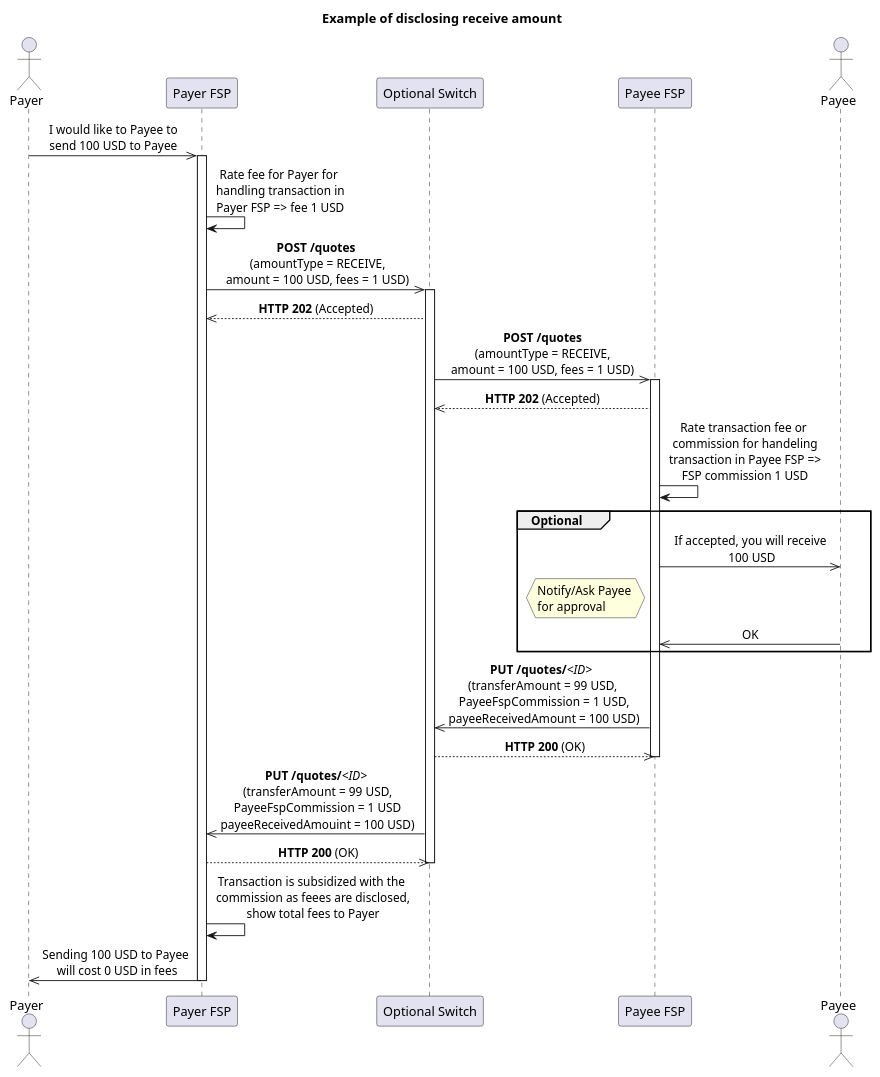
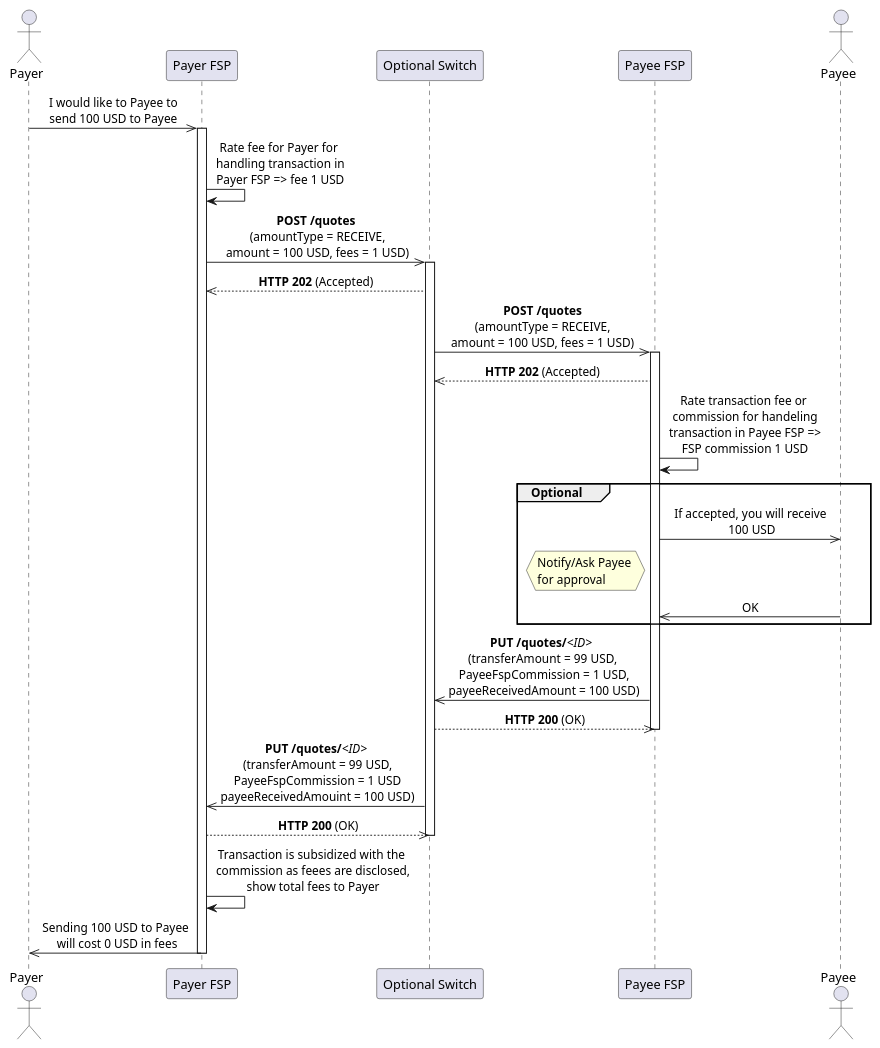
Before and after one commit to mojaloop/mojaloop-specification: the diagram in assets/diagrams/sequence/figure12.plantuml, drawn with PlantUML. The commit also changed 26 other files, not shown here.

Commit message:
Updates to .svg and .plantuml files.

```diff
--- a/assets/diagrams/sequence/figure12.plantuml
+++ b/assets/diagrams/sequence/figure12.plantuml
@@ -25,49 +25,49 @@
 @startuml
 ' declaring skinparam
 skinparam sequenceMessageAlign center
 
 ' declare title
-title Example of disclosing receive amount
+' title Example of disclosing receive amount
 
 ' Actor Keys:
 ' participant - FSP or Switch
 
 ' declare actors
 Actor "Payer" as Payer
 participant "Payer FSP" as PayerFSP
 participant "Optional Switch" as OPTSWITCH
 participant "Payee FSP" as PayeeFSP
 Actor "Payee" as Payee
 
 ' start flow
 
 'activate Payer
 Payer ->> PayerFSP: I would like to Payee to\nsend 100 USD to Payee
 activate PayerFSP
 PayerFSP -> PayerFSP: Rate fee for Payer for\n handling transaction in\n Payer FSP => fee 1 USD
 PayerFSP ->> OPTSWITCH: **POST /quotes**\n (amountType = RECEIVE,\n amount = 100 USD, fees = 1 USD)
 activate OPTSWITCH
 PayerFSP <<-- OPTSWITCH: **HTTP 202** (Accepted)
 OPTSWITCH ->> PayeeFSP: **POST /quotes**\n(amountType = RECEIVE,\namount = 100 USD, fees = 1 USD)
 activate PayeeFSP
 OPTSWITCH <<-- PayeeFSP: **HTTP 202** (Accepted)
 PayeeFSP -> PayeeFSP: Rate transaction fee or\n commission for handeling\n transaction in Payee FSP =>\n FSP commission 1 USD
 group Optional
 PayeeFSP ->> Payee: If accepted, you will receive\n 100 USD
 hnote left of PayeeFSP
     Notify/Ask Payee 
     for approval
 end note
 PayeeFSP <<- Payee: OK
 end
 OPTSWITCH <<- PayeeFSP: **PUT /quotes/**<i><ID></i> \n(transferAmount = 99 USD,\n PayeeFspCommission = 1 USD,\n payeeReceivedAmount = 100 USD)
 OPTSWITCH -->> PayeeFSP: **HTTP 200** (OK)
 deactivate PayeeFSP
 PayerFSP <<- OPTSWITCH: **PUT /quotes/**<i><ID></i>\n (transferAmount = 99 USD,\n PayeeFspCommission = 1 USD\n payeeReceivedAmouint = 100 USD)
 PayerFSP -->> OPTSWITCH: **HTTP 200** (OK)
 deactivate OPTSWITCH
 PayerFSP -> PayerFSP: Transaction is subsidized with the\n commission as feees are disclosed,\n show total fees to Payer
 PayerFSP ->> Payer: Sending 100 USD to Payee\n will cost 0 USD in fees
 deactivate PayerFSP
 'deactivate Payer
 @enduml
```
